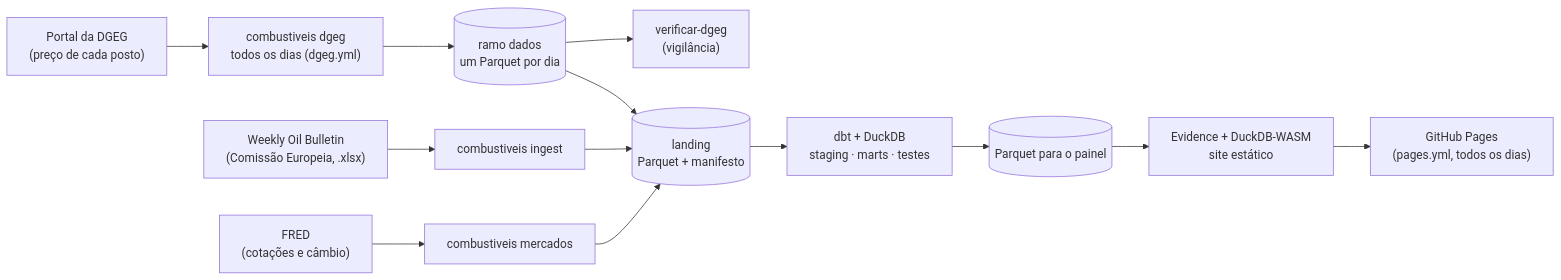
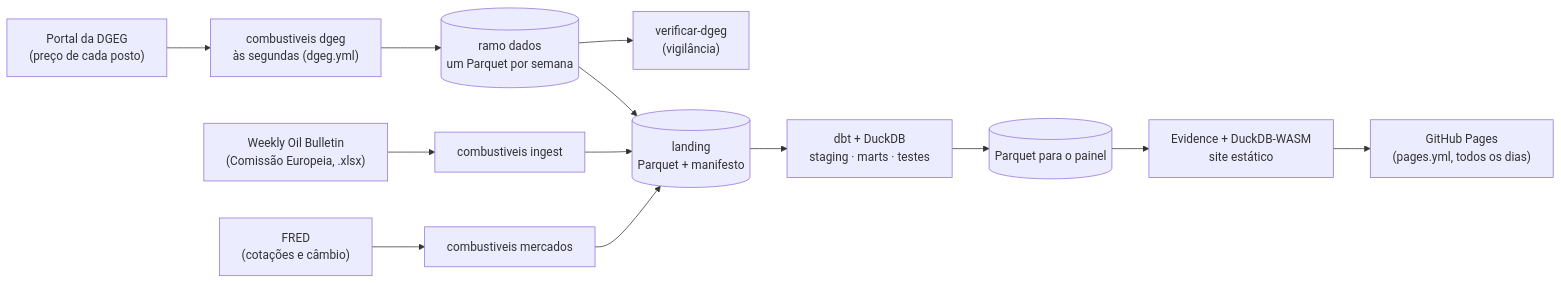
The diagram in README.md (JoseFerrao20/combustiveis-pt), drawn with Mermaid before and after one commit. The commit also changed other lines of this file and 18 other files, not shown here.

First line of the commit message:
Uma fotografia da DGEG por semana, à segunda-feira, com novas tentativas quando a DGEG falha (#29)

````diff
--- a/README.md
+++ b/README.md
@@ -58,15 +58,15 @@
 ```mermaid
 flowchart LR
   WOB["Weekly Oil Bulletin<br/>(Comissão Europeia, .xlsx)"] --> I["combustiveis ingest"]
-  DGEG["Portal da DGEG<br/>(preço de cada posto)"] --> S["combustiveis dgeg<br/>todos os dias (dgeg.yml)"]
+  DGEG["Portal da DGEG<br/>(preço de cada posto)"] --> S["combustiveis dgeg<br/>às segundas (dgeg.yml)"]
   FRED["FRED<br/>(cotações e câmbio)"] --> M["combustiveis mercados"]
-  S --> H[("ramo dados<br/>um Parquet por dia")]
+  S --> H[("ramo dados<br/>um Parquet por semana")]
   H --> V["verificar-dgeg<br/>(vigilância)"]
   H --> L
   I --> L[("landing<br/>Parquet + manifesto")]
   M --> L
   L --> D["dbt + DuckDB<br/>staging · marts · testes"]
   D --> R[("Parquet para o painel")]
   R --> E["Evidence + DuckDB-WASM<br/>site estático"]
   E --> P["GitHub Pages<br/>(pages.yml, todos os dias)"]
 ```
````
